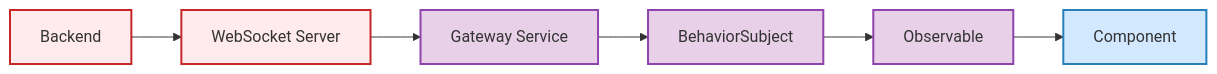
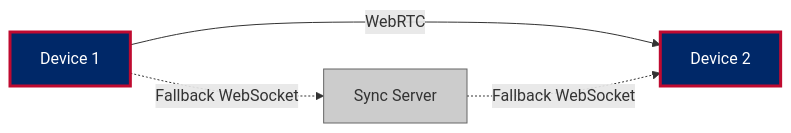
Before and after one commit to JeffreySanford/forge-board: the third of 7 diagrams in forgeboard-frontend/src/assets/documentation/CODING-STANDARDS.md, drawn with Mermaid. The commit also changed other lines of this file and 62 other files, not shown here.

````diff
--- a/forgeboard-frontend/src/assets/documentation/CODING-STANDARDS.md
+++ b/forgeboard-frontend/src/assets/documentation/CODING-STANDARDS.md
@@ -46,12 +67,9 @@
 ```mermaid
 flowchart LR
-  BE[Backend]:::backend --> WSS[WebSocket Server]:::backend
-  WSS --> Gateway[Gateway Service]:::service
-  Gateway --> Subject[BehaviorSubject]:::service
-  Subject --> Observable[Observable]:::service
-  Observable --> Component[Component]:::component
+  Device1[Device 1]:::device --> |"WebRTC"| Device2[Device 2]:::device
+  Device1 -.->|"Fallback WebSocket"| Server[Sync Server]:::server
+  Server -.->|"Fallback WebSocket"| Device2
   
-  classDef backend fill:#FFEBEE,stroke:#C62828,stroke-width:2px;
-  classDef service fill:#E8D1E8,stroke:#8E44AD,stroke-width:2px;
-  classDef component fill:#D1E8FF,stroke:#2980B9,stroke-width:2px;
+  classDef device fill:#002868,stroke:#BF0A30,stroke-width:3px,color:#FFFFFF;
+  classDef server fill:#CCCCCC,stroke:#666666,stroke-width:1px;
 ```
````
